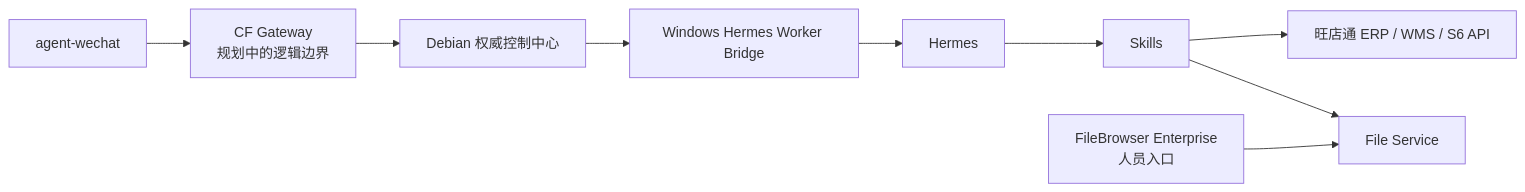
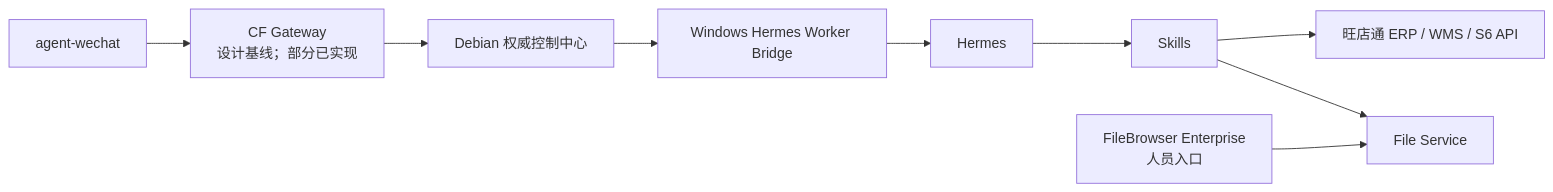
One commit to Tangbohu09527/CF_ecommerce-automation-docs changed the diagram in architecture/component-map.md. Above: the diagram before and after it, drawn with Mermaid. The commit also changed other lines of this file and 14 other files, not shown here.

````diff
--- a/architecture/component-map.md
+++ b/architecture/component-map.md
@@ -21,11 +21,11 @@
 ```mermaid
 flowchart LR
-    A["agent-wechat"] --> G["CF Gateway<br/>规划中的逻辑边界"]
+    A["agent-wechat"] --> G["CF Gateway<br/>设计基线；部分已实现"]
     G --> D["Debian 权威控制中心"]
     D --> B["Windows Hermes Worker Bridge"]
     B --> H["Hermes"]
     H --> S["Skills"]
     S --> E["旺店通 ERP / WMS / S6 API"]
     S --> F["File Service"]
     U["FileBrowser Enterprise<br/>人员入口"] --> F
 ```
````
